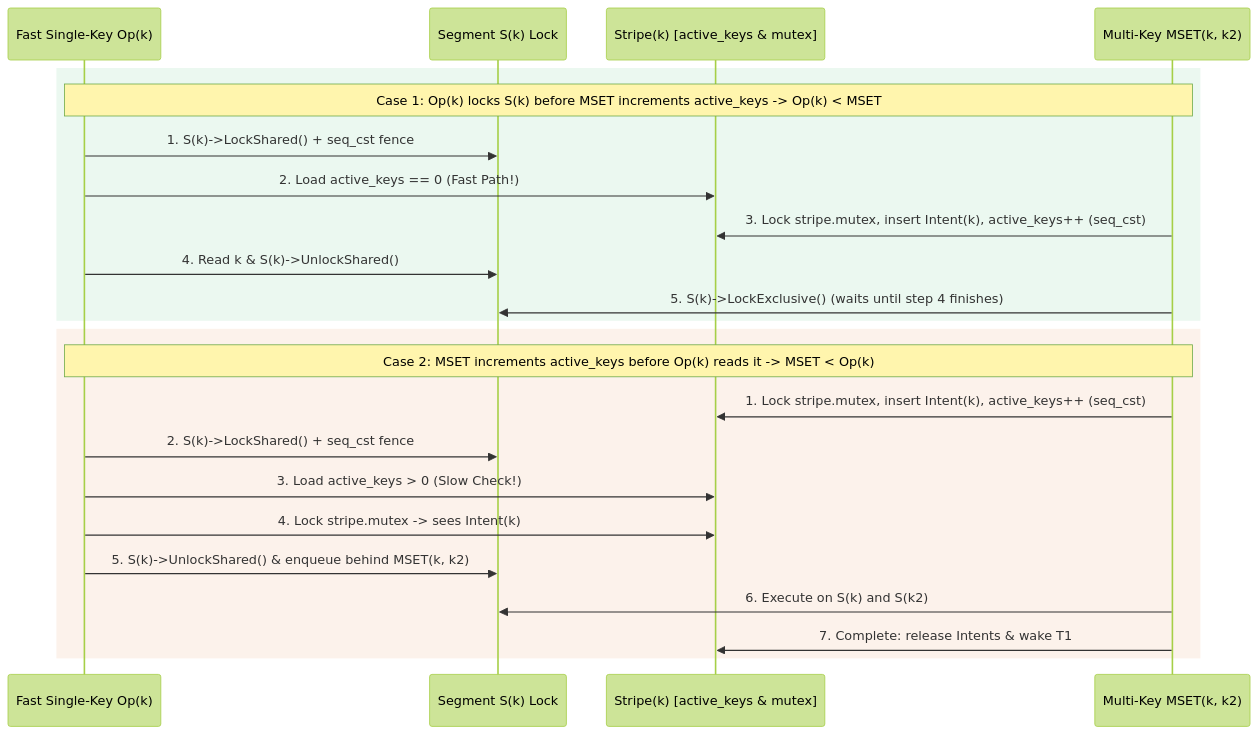
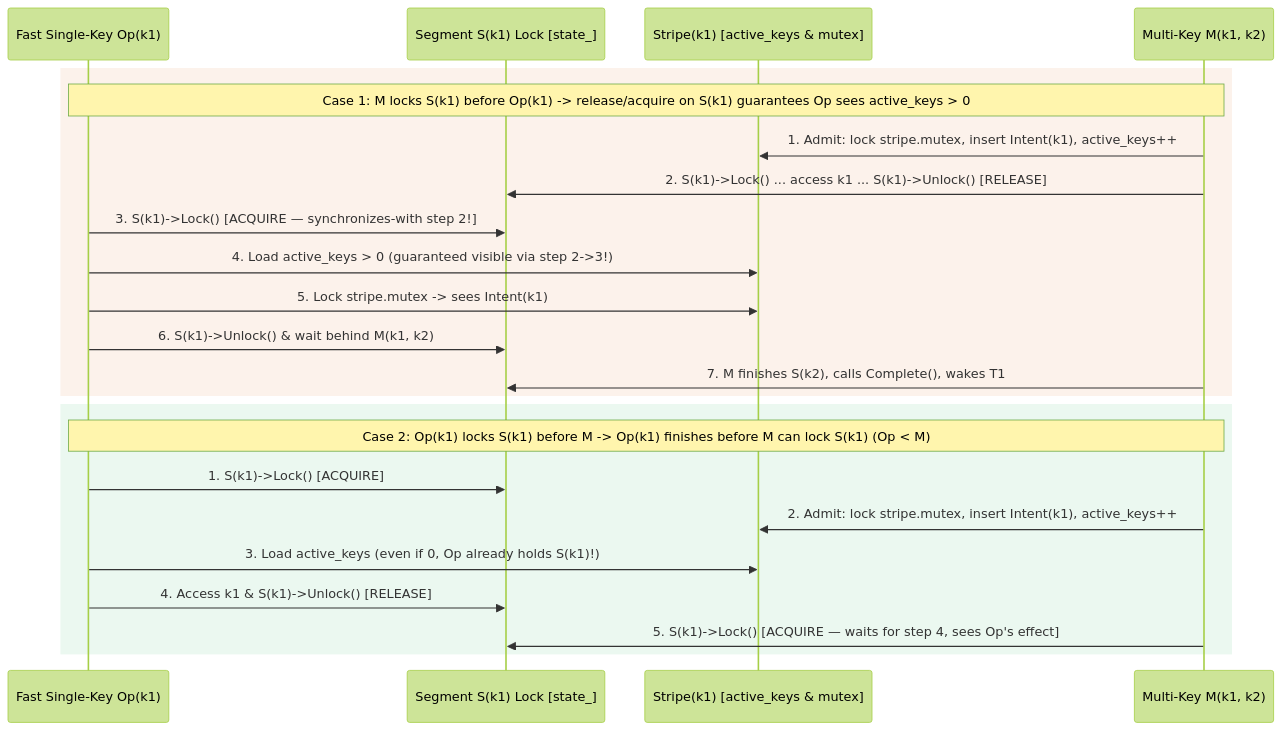
Before and after one commit to dragonflydb/dragonfly: the fifth of 9 diagrams in docs/share-everything-poc.md, drawn with Mermaid (forest theme). The commit also changed other lines of this file, not shown here.

Commit message:
docs: define core terminology upfront and eliminate seq_cst barriers

````diff
--- a/docs/share-everything-poc.md
+++ b/docs/share-everything-poc.md
@@ -569,27 +613,27 @@
 ```mermaid
 sequenceDiagram
-    participant T1 as Fast Single-Key Op(k)
-    participant Seg as Segment S(k) Lock
-    participant Stripe as Stripe(k) [active_keys & mutex]
-    participant T2 as Multi-Key MSET(k, k2)
+    participant T1 as Fast Single-Key Op(k1)
+    participant Seg as Segment S(k1) Lock [state_]
+    participant Stripe as Stripe(k1) [active_keys & mutex]
+    participant T2 as Multi-Key M(k1, k2)
+
+    rect rgb(252, 242, 235)
+    Note over T1,T2: Case 1: M locks S(k1) before Op(k1) -> release/acquire on S(k1) guarantees Op sees active_keys > 0
+    T2->>Stripe: 1. Admit: lock stripe.mutex, insert Intent(k1), active_keys++
+    T2->>Seg: 2. S(k1)->Lock() ... access k1 ... S(k1)->Unlock() [RELEASE]
+    T1->>Seg: 3. S(k1)->Lock() [ACQUIRE — synchronizes-with step 2!]
+    T1->>Stripe: 4. Load active_keys > 0 (guaranteed visible via step 2->3!)
+    T1->>Stripe: 5. Lock stripe.mutex -> sees Intent(k1)
+    T1->>Seg: 6. S(k1)->Unlock() & wait behind M(k1, k2)
+    T2->>Seg: 7. M finishes S(k2), calls Complete(), wakes T1
+    end
 
     rect rgb(235, 248, 240)
-    Note over T1,T2: Case 1: Op(k) locks S(k) before MSET increments active_keys -> Op(k) < MSET
-    T1->>Seg: 1. S(k)->LockShared() + seq_cst fence
-    T1->>Stripe: 2. Load active_keys == 0 (Fast Path!)
-    T2->>Stripe: 3. Lock stripe.mutex, insert Intent(k), active_keys++ (seq_cst)
-    T1->>Seg: 4. Read k & S(k)->UnlockShared()
-    T2->>Seg: 5. S(k)->LockExclusive() (waits until step 4 finishes)
-    end
-
-    rect rgb(252, 242, 235)
-    Note over T1,T2: Case 2: MSET increments active_keys before Op(k) reads it -> MSET < Op(k)
-    T2->>Stripe: 1. Lock stripe.mutex, insert Intent(k), active_keys++ (seq_cst)
-    T1->>Seg: 2. S(k)->LockShared() + seq_cst fence
-    T1->>Stripe: 3. Load active_keys > 0 (Slow Check!)
-    T1->>Stripe: 4. Lock stripe.mutex -> sees Intent(k)
-    T1->>Seg: 5. S(k)->UnlockShared() & enqueue behind MSET(k, k2)
-    T2->>Seg: 6. Execute on S(k) and S(k2)
-    T2->>Stripe: 7. Complete: release Intents & wake T1
+    Note over T1,T2: Case 2: Op(k1) locks S(k1) before M -> Op(k1) finishes before M can lock S(k1) (Op < M)
+    T1->>Seg: 1. S(k1)->Lock() [ACQUIRE]
+    T2->>Stripe: 2. Admit: lock stripe.mutex, insert Intent(k1), active_keys++
+    T1->>Stripe: 3. Load active_keys (even if 0, Op already holds S(k1)!)
+    T1->>Seg: 4. Access k1 & S(k1)->Unlock() [RELEASE]
+    T2->>Seg: 5. S(k1)->Lock() [ACQUIRE — waits for step 4, sees Op's effect]
     end
 ```
````
